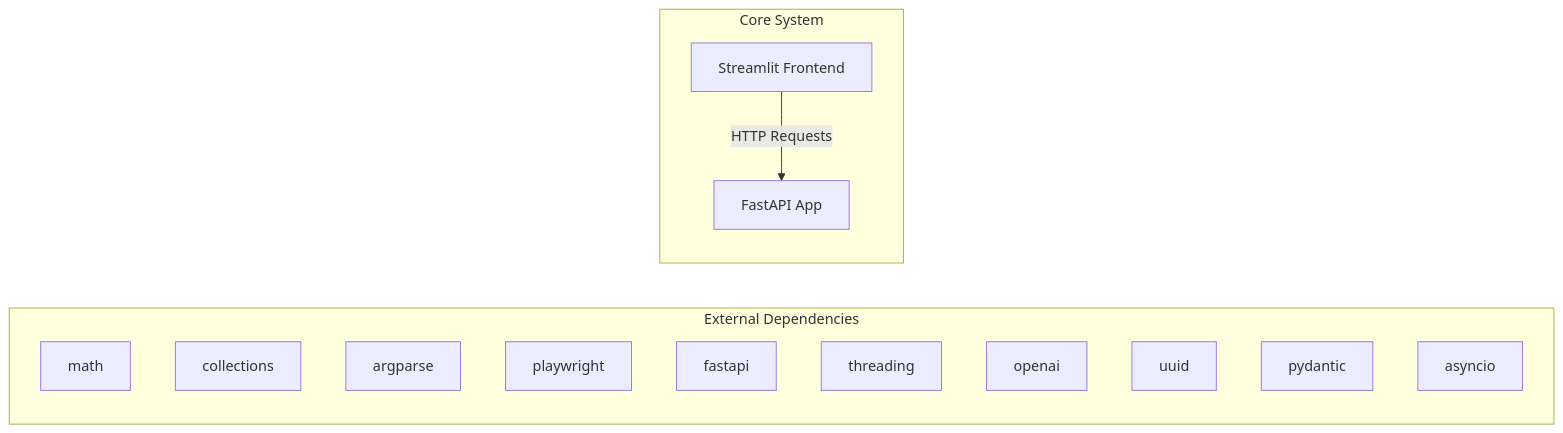
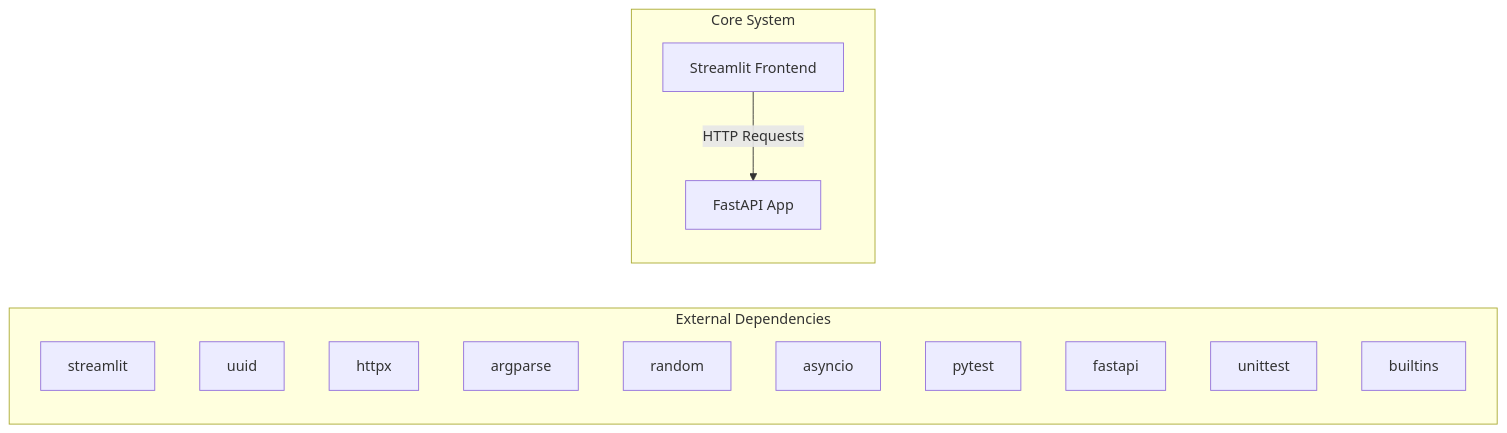
One commit to NITISH-R-G/rag-context-optimizer changed the first of 2 diagrams in docs/architecture.md. Above: the diagram before and after it, drawn with Mermaid. The commit also changed 1 other file, not shown here.

Commit message:
docs: auto-update repository knowledge, architecture diagrams, and documentation

````diff
--- a/docs/architecture.md
+++ b/docs/architecture.md
@@ -7,20 +7,20 @@
 ```mermaid
 graph LR
     subgraph External Dependencies
-        E0["math"]
-        E1["collections"]
-        E2["argparse"]
-        E3["playwright"]
-        E4["fastapi"]
-        E5["threading"]
-        E6["openai"]
-        E7["uuid"]
-        E8["pydantic"]
-        E9["asyncio"]
+        E0["streamlit"]
+        E1["uuid"]
+        E2["httpx"]
+        E3["argparse"]
+        E4["random"]
+        E5["asyncio"]
+        E6["pytest"]
+        E7["fastapi"]
+        E8["unittest"]
+        E9["builtins"]
     end
     subgraph Core System
         API["FastAPI App"]
         UI["Streamlit Frontend"]
     end
     UI -->|HTTP Requests| API
 ```
````
